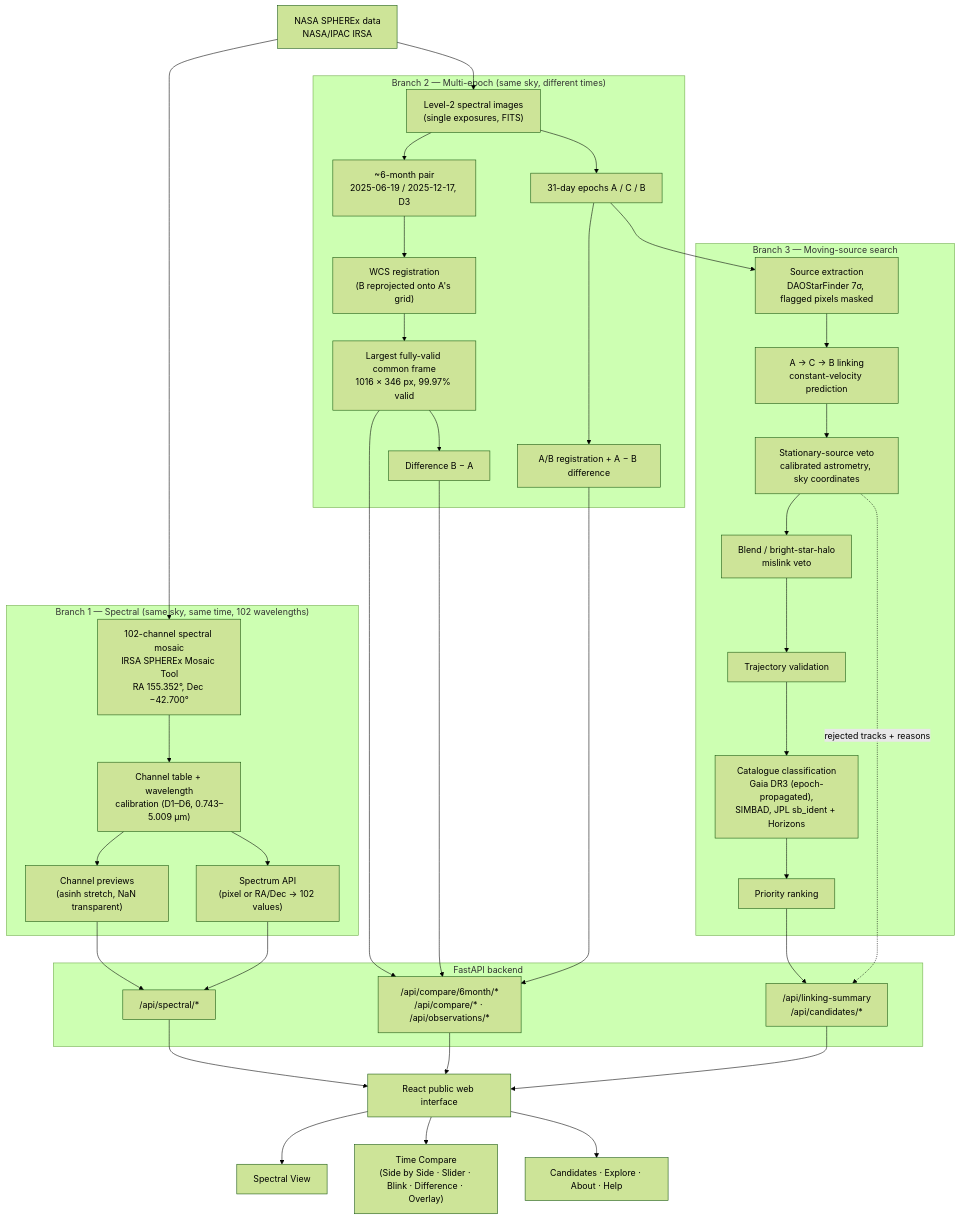
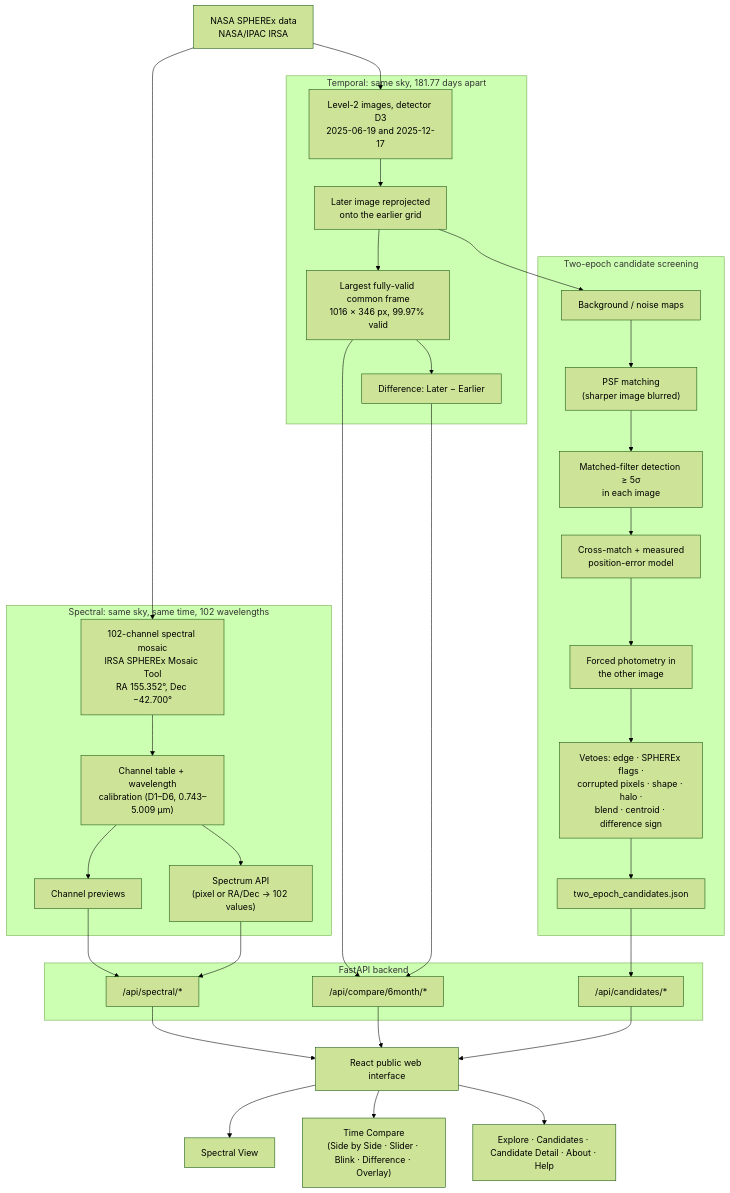
One commit to rafincs3023-cyber/SpectraShift changed the diagram in docs/ARCHITECTURE.md. Above: the diagram before and after it, drawn with Mermaid (forest theme). The commit also changed other lines of this file and 113 other files, not shown here.

First line of the commit message:
Rebuild candidates on the ~6-month pair only

````diff
--- a/docs/ARCHITECTURE.md
+++ b/docs/ARCHITECTURE.md
@@ -11,52 +22,47 @@
 ```mermaid
 flowchart TB
     IRSA["NASA SPHEREx data<br/>NASA/IPAC IRSA"]
-    IRSA --> L2["Level-2 spectral images<br/>(single exposures, FITS)"]
     IRSA --> MOS["102-channel spectral mosaic<br/>IRSA SPHEREx Mosaic Tool<br/>RA 155.352°, Dec −42.700°"]
+    IRSA --> L2["Level-2 images, detector D3<br/>2025-06-19 and 2025-12-17"]
 
-    subgraph B1["Branch 1 — Spectral (same sky, same time, 102 wavelengths)"]
+    subgraph B1["Spectral: same sky, same time, 102 wavelengths"]
         MOS --> CT["Channel table + wavelength<br/>calibration (D1–D6, 0.743–5.009 µm)"]
-        CT --> PV["Channel previews<br/>(asinh stretch, NaN transparent)"]
+        CT --> PV["Channel previews"]
         CT --> SPEC["Spectrum API<br/>(pixel or RA/Dec → 102 values)"]
     end
 
-    subgraph B2["Branch 2 — Multi-epoch (same sky, different times)"]
-        L2 --> PAIR["~6-month pair<br/>2025-06-19 / 2025-12-17, D3"]
-        L2 --> E31["31-day epochs A / C / B"]
-        PAIR --> REG["WCS registration<br/>(B reprojected onto A's grid)"]
+    subgraph B2["Temporal: same sky, 181.77 days apart"]
+        L2 --> REG["Later image reprojected<br/>onto the earlier grid"]
         REG --> FRAME["Largest fully-valid common frame<br/>1016 × 346 px, 99.97% valid"]
-        FRAME --> DIFF["Difference B − A"]
-        E31 --> REG31["A/B registration + A − B difference"]
+        FRAME --> DIFF["Difference: Later − Earlier"]
     end
 
-    subgraph B3["Branch 3 — Moving-source search"]
-        E31 --> EXT["Source extraction<br/>DAOStarFinder 7σ, flagged pixels masked"]
-        EXT --> LINK["A → C → B linking<br/>constant-velocity prediction"]
-        LINK --> STAT["Stationary-source veto<br/>calibrated astrometry, sky coordinates"]
-        STAT --> BLEND["Blend / bright-star-halo<br/>mislink veto"]
-        BLEND --> TRAJ["Trajectory validation"]
-        TRAJ --> CATV["Catalogue classification<br/>Gaia DR3 (epoch-propagated),<br/>SIMBAD, JPL sb_ident + Horizons"]
-        CATV --> RANK["Priority ranking"]
+    subgraph B3["Two-epoch candidate screening"]
+        REG --> BKG["Background / noise maps"]
+        BKG --> PSF["PSF matching<br/>(sharper image blurred)"]
+        PSF --> DET["Matched-filter detection ≥ 5σ<br/>in each image"]
+        DET --> XM["Cross-match + measured<br/>position-error model"]
+        XM --> FORCED["Forced photometry in<br/>the other image"]
+        FORCED --> VETO["Vetoes: edge · SPHEREx flags ·<br/>corrupted pixels · shape · halo ·<br/>blend · centroid · difference sign"]
+        VETO --> OUT["two_epoch_candidates.json"]
     end
 
     subgraph API["FastAPI backend"]
         A1["/api/spectral/*"]
-        A2["/api/compare/6month/*<br/>/api/compare/* · /api/observations/*"]
-        A3["/api/linking-summary<br/>/api/candidates/*"]
+        A2["/api/compare/6month/*"]
+        A3["/api/candidates/*"]
     end
 
     PV --> A1
     SPEC --> A1
     FRAME --> A2
     DIFF --> A2
-    REG31 --> A2
-    RANK --> A3
-    STAT -. "rejected tracks + reasons" .-> A3
+    OUT --> A3
 
     A1 --> UI["React public web interface"]
     A2 --> UI
     A3 --> UI
     UI --> P1["Spectral View"]
     UI --> P2["Time Compare<br/>(Side by Side · Slider · Blink · Difference · Overlay)"]
-    UI --> P3["Candidates · Explore · About · Help"]
+    UI --> P3["Explore · Candidates · Candidate Detail · About · Help"]
 ```
````
